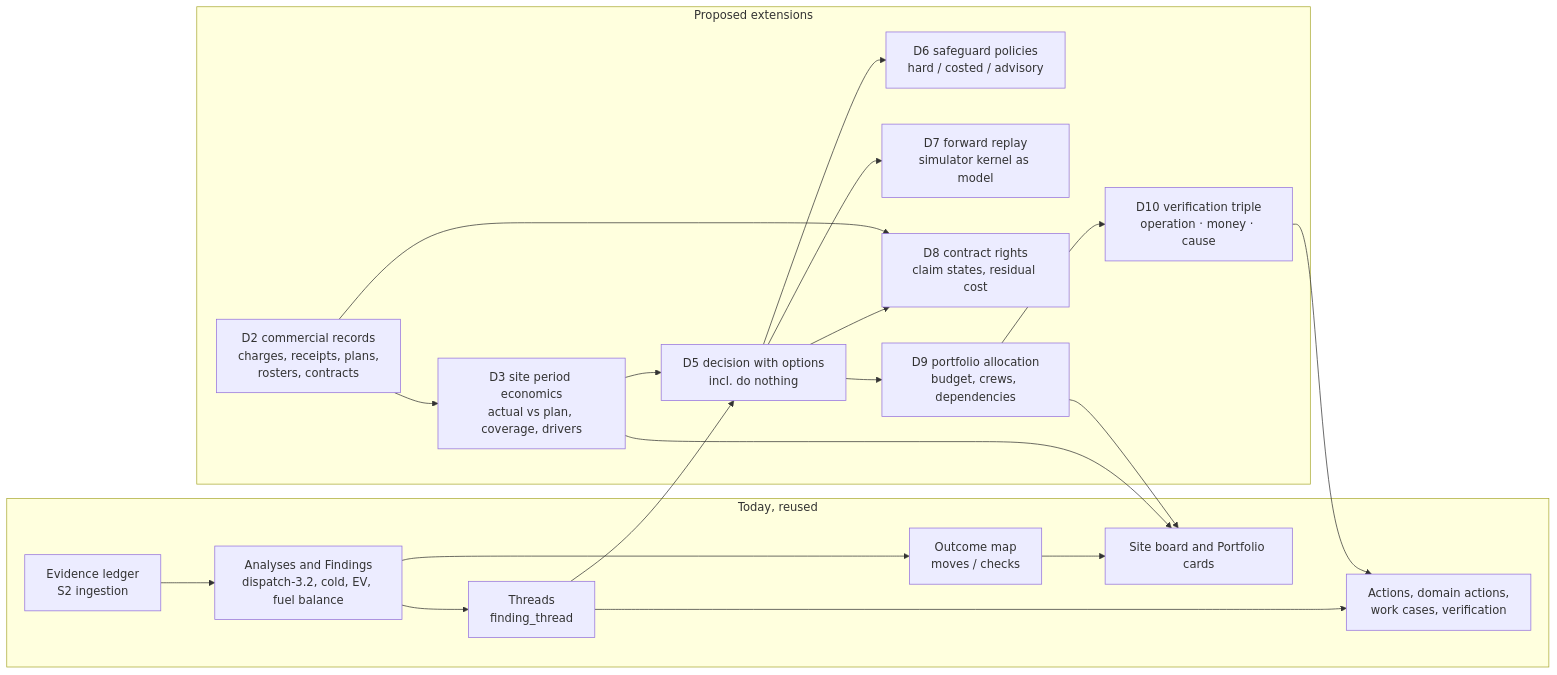
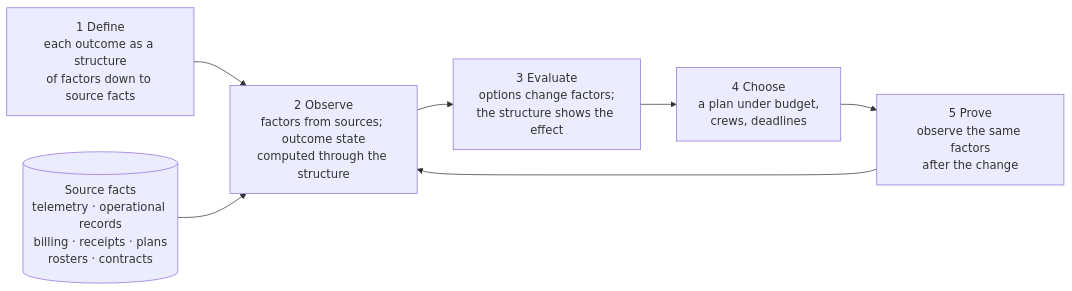
Before and after one commit to bineyame/AssetOpsV1: the first of 2 diagrams in Docs/demo-sprint/product-direction-layer4/layer4-transformation-design.md, drawn with Mermaid. The commit also changed other lines of this file and 148 other files, not shown here.

````diff
--- a/Docs/demo-sprint/product-direction-layer4/layer4-transformation-design.md
+++ b/Docs/demo-sprint/product-direction-layer4/layer4-transformation-design.md
@@ -41,24 +61,9 @@
 ```mermaid
 flowchart LR
-  subgraph today[Today, reused]
-    E[Evidence ledger<br/>S2 ingestion] --> F[Analyses and Findings<br/>dispatch-3.2, cold, EV, fuel balance]
-    F --> T[Threads<br/>finding_thread]
-    F --> M[Outcome map<br/>moves / checks]
-    M --> B[Site board and Portfolio cards]
-    T --> A[Actions, domain actions,<br/>work cases, verification]
-  end
-  subgraph new[Proposed extensions]
-    C[D2 commercial records<br/>charges, receipts, plans,<br/>rosters, contracts] --> P[D3 site period economics<br/>actual vs plan, coverage, drivers]
-    T --> D[D5 decision with options<br/>incl. do nothing]
-    D --> S[D6 safeguard policies<br/>hard / costed / advisory]
-    D --> R[D7 forward replay<br/>simulator kernel as model]
-    D --> K[D8 contract rights<br/>claim states, residual cost]
-    D --> L[D9 portfolio allocation<br/>budget, crews, dependencies]
-    L --> V[D10 verification triple<br/>operation · money · cause]
-  end
-  P --> B
-  C --> K
-  P --> D
-  L --> B
-  V --> A
+  D["1 Define<br/>each outcome as a structure<br/>of factors down to source facts"] --> O["2 Observe<br/>factors from sources; outcome state<br/>computed through the structure"]
+  O --> V["3 Evaluate<br/>options change factors;<br/>the structure shows the effect"]
+  V --> C["4 Choose<br/>a plan under budget,<br/>crews, deadlines"]
+  C --> P["5 Prove<br/>observe the same factors<br/>after the change"]
+  P --> O
+  S[("Source facts<br/>telemetry · operational records<br/>billing · receipts · plans<br/>rosters · contracts")] --> O
 ```
````
